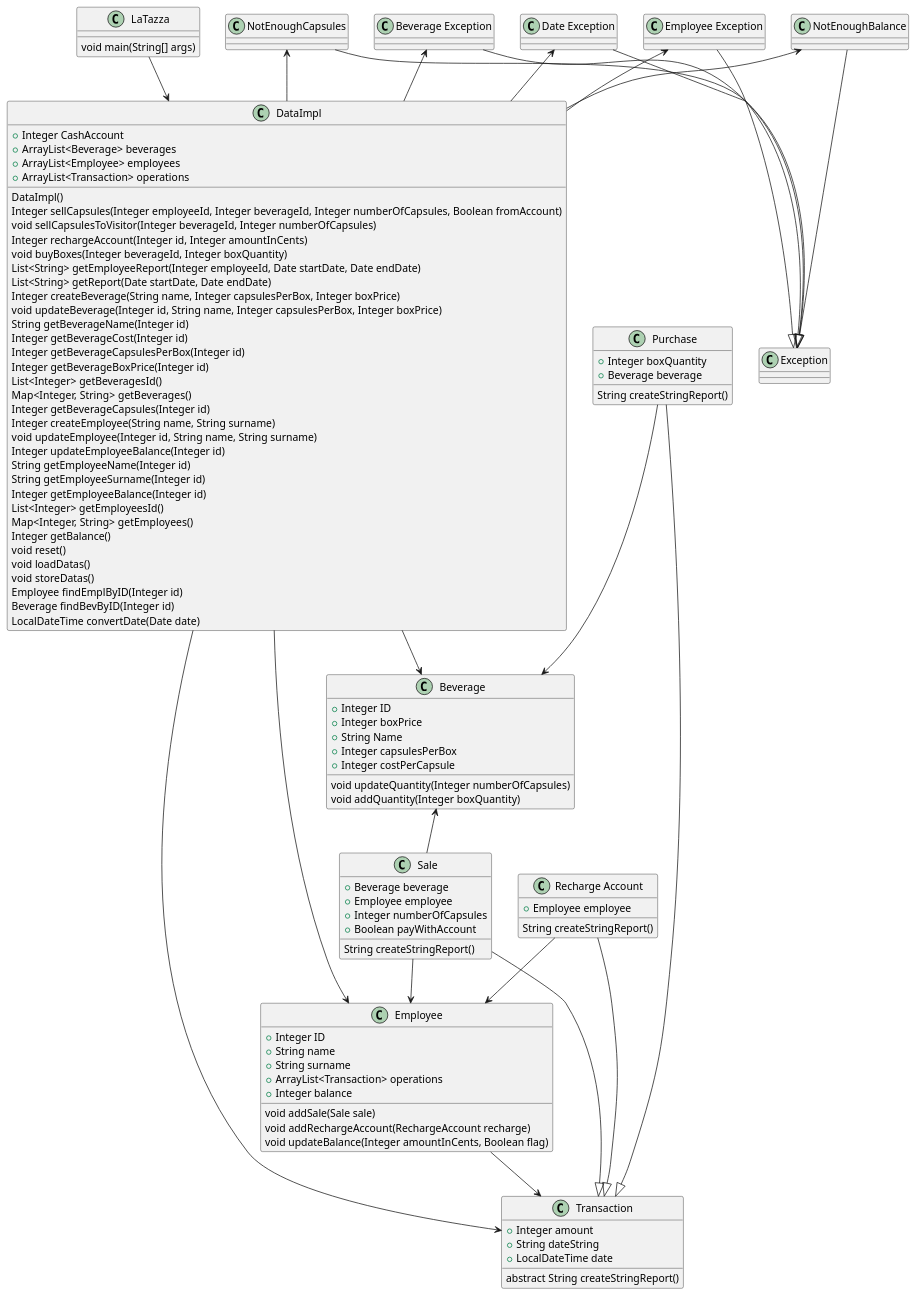
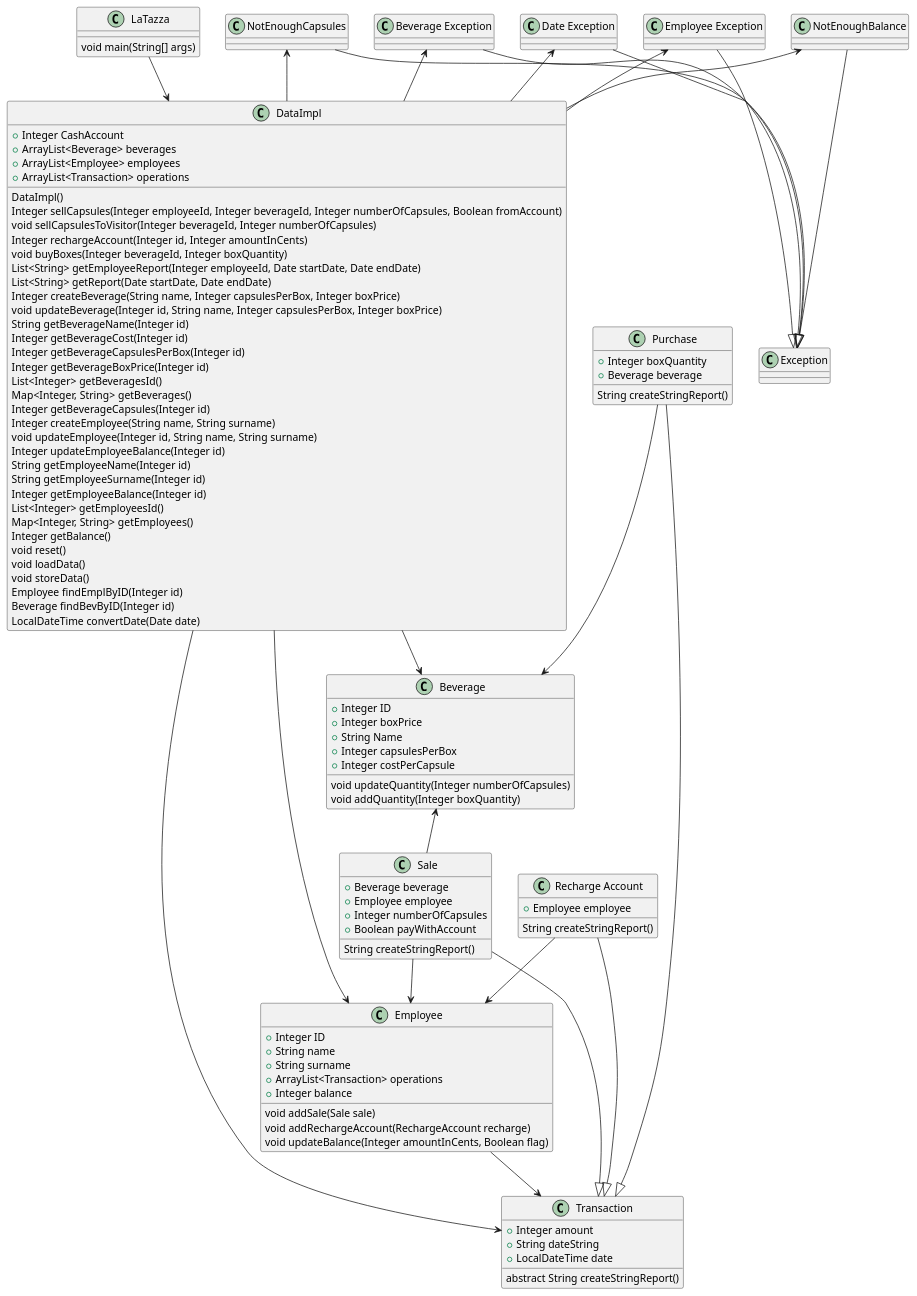
Before and after one commit to DarkSee/LaTazza: the third of 6 diagrams in templates/DesignDocumentTemplate.md, drawn with PlantUML. The commit also changed other lines of this file, not shown here.

Commit message:
updated note in class diagram

```diff
--- a/templates/DesignDocumentTemplate.md
+++ b/templates/DesignDocumentTemplate.md
@@ -96,8 +96,8 @@
 Map<Integer, String> getEmployees()
 Integer getBalance()
 void reset()
-void loadDatas()
-void storeDatas()
+void loadData()
+void storeData()
 Employee findEmplByID(Integer id)
 Beverage findBevByID(Integer id)
 LocalDateTime convertDate(Date date)
```
